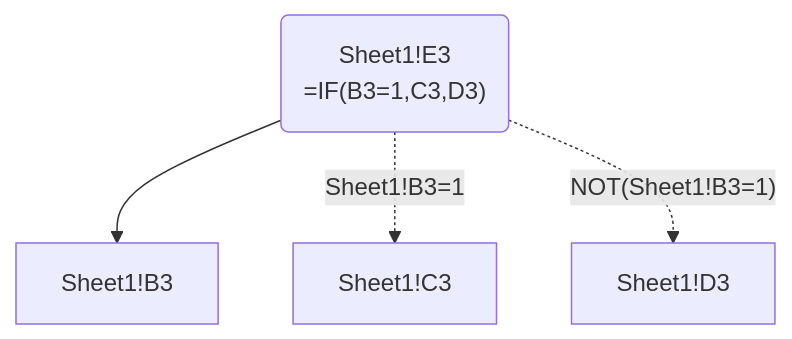
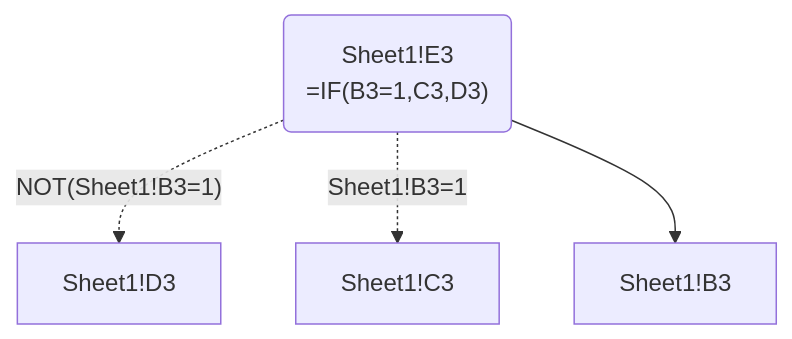
One commit to Teal-Insights/excel-grapher changed the third of 11 diagrams in examples/micro_workbooks/extraction_basics.md. Above: the diagram before and after it, drawn with Mermaid. The commit also changed other lines of this file and 5 other files, not shown here.

````diff
--- a/examples/micro_workbooks/extraction_basics.md
+++ b/examples/micro_workbooks/extraction_basics.md
@@ -166,10 +175,10 @@
 ``` mermaid
 flowchart TD
   Sheet1_B3["Sheet1!B3"]
   Sheet1_C3["Sheet1!C3"]
   Sheet1_D3["Sheet1!D3"]
   Sheet1_E3("Sheet1!E3<br>=IF(B3=1,C3,D3)")
+  Sheet1_E3 -.->|"NOT(Sheet1!B3=1)"| Sheet1_D3
+  Sheet1_E3 -.->|"Sheet1!B3=1"| Sheet1_C3
   Sheet1_E3 --> Sheet1_B3
-  Sheet1_E3 -.->|"Sheet1!B3=1"| Sheet1_C3
-  Sheet1_E3 -.->|"NOT(Sheet1!B3=1)"| Sheet1_D3
 ```
````
